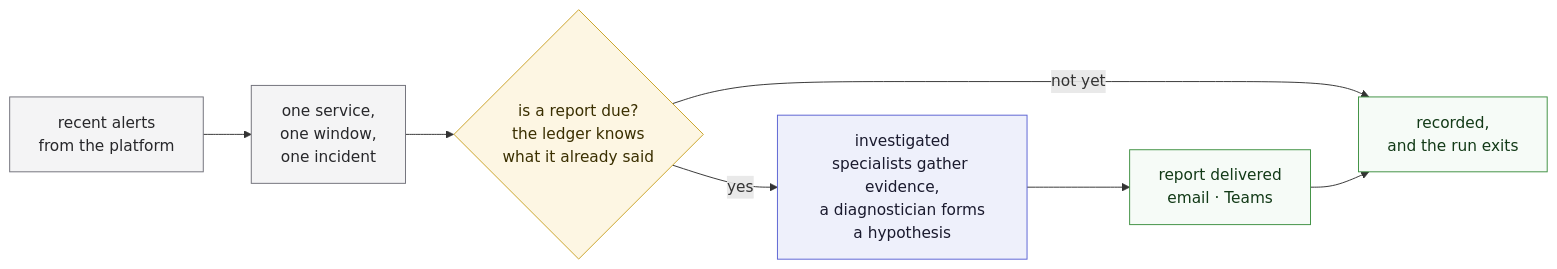
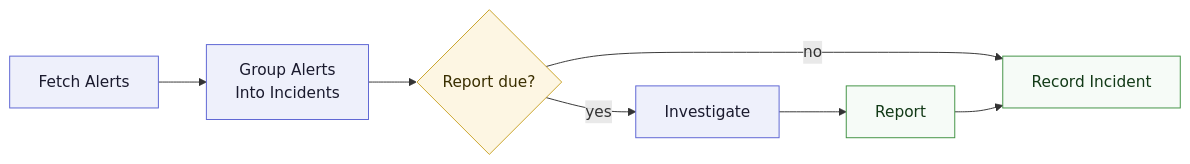
Before and after one commit to EduardoFLima/alert-triage: the diagram in README.md, drawn with Mermaid. The commit also changed other lines of this file, not shown here.

Commit message:
Edu | :art: | update flowchart in README for clarity
- refined labels for fetch, group, due, record, investigate, and report
- improved readability of the diagram

````diff
--- a/README.md
+++ b/README.md
@@ -15,19 +15,17 @@
 ```mermaid
 flowchart LR
-    alerts["recent alerts<br/>from the platform"] --> grouped["one service,<br/>one window,<br/>one incident"]
-    grouped --> due{"is a report due?<br/>the ledger knows<br/>what it already said"}
-    due -- "not yet" --> recorded["recorded,<br/>and the run exits"]
-    due -- "yes" --> investigated["investigated<br/>specialists gather evidence,<br/>a diagnostician forms<br/>a hypothesis"]
-    investigated --> delivered["report delivered<br/>email · Teams"]
-    delivered --> recorded
+    fetch["Fetch Alerts"] --> group["Group Alerts<br/>Into Incidents"]
+    group --> due{"Report due?"}
+    due -- "no" --> record["Record Incident"]
+    due -- "yes" --> investigate["Investigate"]
+    investigate --> report["Report"]
+    report --> record
 
-    classDef inClass fill:#f4f4f5,stroke:#71717a,color:#27272a
-    classDef decideClass fill:#fdf6e3,stroke:#c9a227,color:#3a2f00
-    classDef workClass fill:#eef0fb,stroke:#5b63d3,color:#1a1a2e
-    classDef outClass fill:#f6fbf7,stroke:#3f9142,color:#123a17
+    classDef step fill:#eef0fb,stroke:#5b63d3,color:#1a1a2e
+    classDef gate fill:#fdf6e3,stroke:#c9a227,color:#3a2f00
+    classDef done fill:#f6fbf7,stroke:#3f9142,color:#123a17
 
-    class alerts,grouped inClass
-    class due decideClass
-    class investigated workClass
-    class delivered,recorded outClass
+    class fetch,group,investigate step
+    class due gate
+    class report,record done
 ```
````
